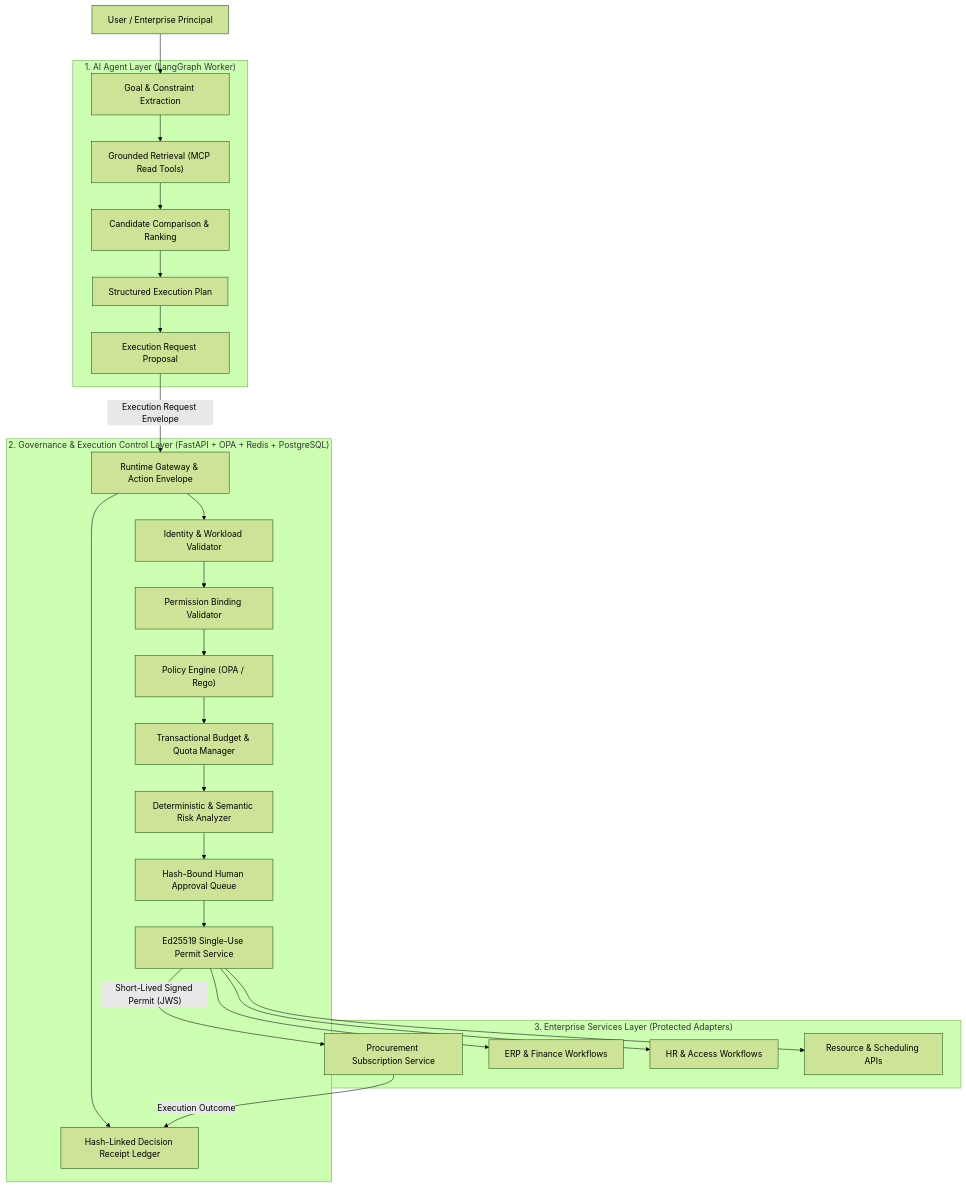
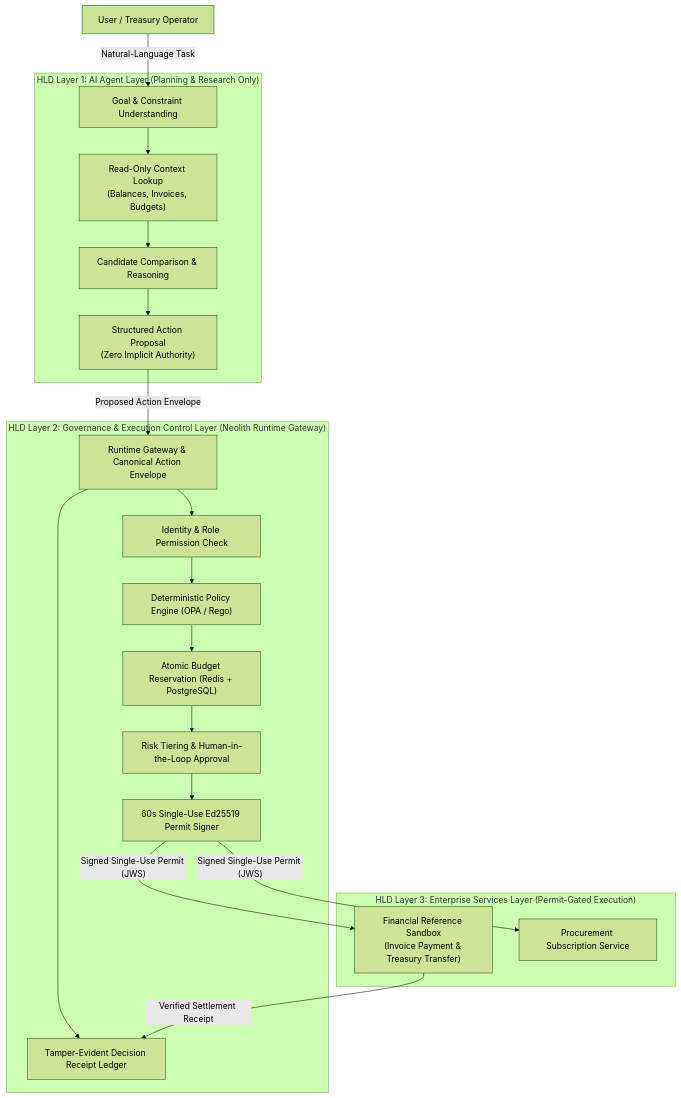
Before and after one commit to Dhruvg334/Neolith: the first of 4 diagrams in README.md, drawn with Mermaid (forest theme). The commit also changed other lines of this file and 39 other files, not shown here.

Commit message:
feat(stage1): implement core ORM domain, financial sandbox, simulator, and UI routes

````diff
--- a/README.md
+++ b/README.md
@@ -39,41 +48,35 @@
 ```mermaid
 flowchart TB
-    U["User / Enterprise Principal"]
+    U["User / Treasury Operator"]
 
-    subgraph A["1. AI Agent Layer (LangGraph Worker)"]
-        A1["Goal & Constraint Extraction"]
-        A2["Grounded Retrieval (MCP Read Tools)"]
-        A3["Candidate Comparison & Ranking"]
-        A4["Structured Execution Plan"]
-        A5["Execution Request Proposal"]
+    subgraph A["HLD Layer 1: AI Agent Layer (Planning & Research Only)"]
+        A1["Goal & Constraint Understanding"]
+        A2["Read-Only Context Lookup<br/>(Balances, Invoices, Budgets)"]
+        A3["Candidate Comparison & Reasoning"]
+        A4["Structured Action Proposal<br/>(Zero Implicit Authority)"]
     end
 
-    subgraph G["2. Governance & Execution Control Layer (FastAPI + OPA + Redis + PostgreSQL)"]
-        G1["Runtime Gateway & Action Envelope"]
-        G2["Identity & Workload Validator"]
-        G3["Permission Binding Validator"]
-        G4["Policy Engine (OPA / Rego)"]
-        G5["Transactional Budget & Quota Manager"]
-        G6["Deterministic & Semantic Risk Analyzer"]
-        G7["Hash-Bound Human Approval Queue"]
-        G8["Ed25519 Single-Use Permit Service"]
-        G9["Hash-Linked Decision Receipt Ledger"]
+    subgraph G["HLD Layer 2: Governance & Execution Control Layer (Neolith Runtime Gateway)"]
+        G1["Runtime Gateway & Canonical Action Envelope"]
+        G2["Identity & Role Permission Check"]
+        G3["Deterministic Policy Engine (OPA / Rego)"]
+        G4["Atomic Budget Reservation (Redis + PostgreSQL)"]
+        G5["Risk Tiering & Human-in-the-Loop Approval"]
+        G6["60s Single-Use Ed25519 Permit Signer"]
+        G7["Tamper-Evident Decision Receipt Ledger"]
     end
 
-    subgraph E["3. Enterprise Services Layer (Protected Adapters)"]
-        E1["Procurement Subscription Service"]
-        E2["ERP & Finance Workflows"]
-        E3["HR & Access Workflows"]
-        E4["Resource & Scheduling APIs"]
+    subgraph E["HLD Layer 3: Enterprise Services Layer (Permit-Gated Execution)"]
+        E1["Financial Reference Sandbox<br/>(Invoice Payment & Treasury Transfer)"]
+        E2["Procurement Subscription Service"]
     end
 
-    U --> A1 --> A2 --> A3 --> A4 --> A5
-    A5 -->|"Execution Request Envelope"| G1
-    G1 --> G2 --> G3 --> G4 --> G5 --> G6 --> G7 --> G8
-    G8 -->|"Short-Lived Signed Permit (JWS)"| E1
-    G8 --> E2
-    G8 --> E3
-    G8 --> E4
-    G1 --> G9
-    E1 -->|"Execution Outcome"| G9
+    U -->|"Natural-Language Task"| A1
+    A1 --> A2 --> A3 --> A4
+    A4 -->|"Proposed Action Envelope"| G1
+    G1 --> G2 --> G3 --> G4 --> G5 --> G6
+    G6 -->|"Signed Single-Use Permit (JWS)"| E1
+    G6 -->|"Signed Single-Use Permit (JWS)"| E2
+    G1 --> G7
+    E1 -->|"Verified Settlement Receipt"| G7
 ```
````
